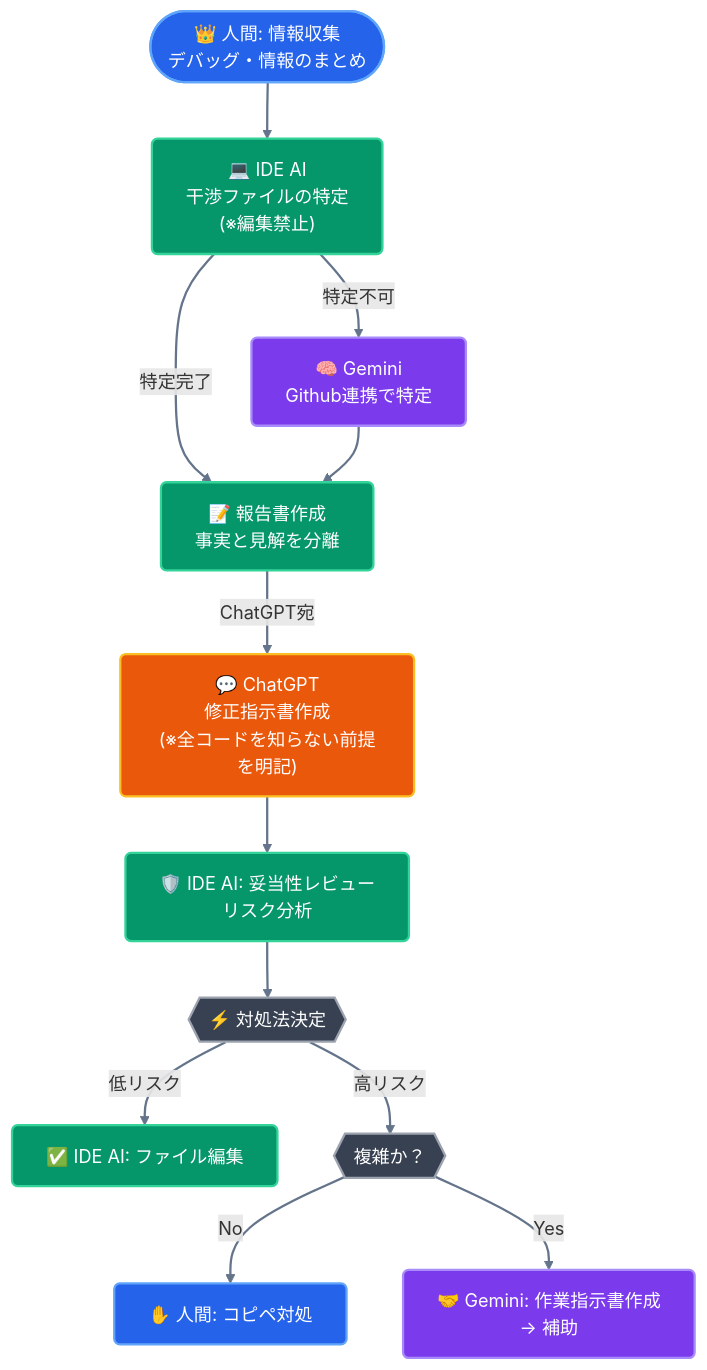
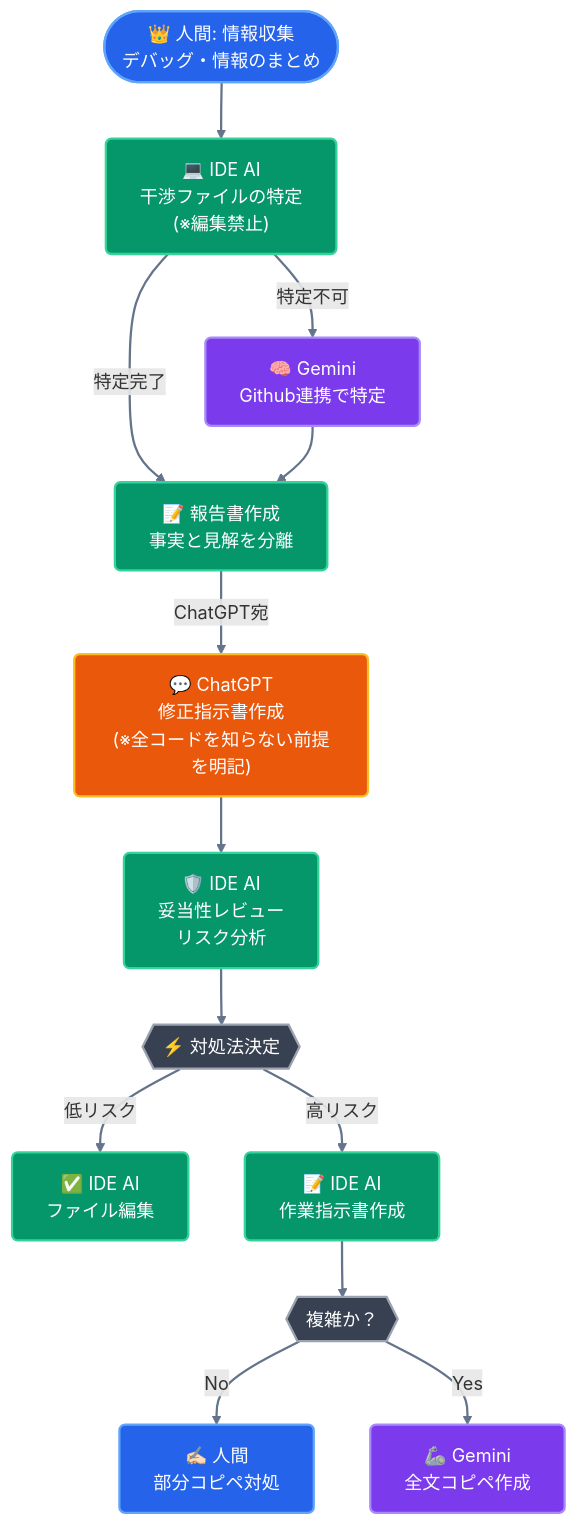
Before and after one commit to MaryCache/MaryCache: the diagram in troubleshooting.md, drawn with Mermaid.

````diff
--- a/troubleshooting.md
+++ b/troubleshooting.md
@@ -3,55 +3,57 @@
 ```mermaid
 graph TD
     %% --- モダンなスタイル定義 (Tailwind風) ---
     classDef default color:#fff,stroke:#333,stroke-width:1px;
     classDef human fill:#2563eb,stroke:#60a5fa,stroke-width:2px,color:#fff,rx:5,ry:5;
     classDef ide fill:#059669,stroke:#34d399,stroke-width:2px,color:#fff,rx:5,ry:5;
     classDef gemini fill:#7c3aed,stroke:#a78bfa,stroke-width:2px,color:#fff,rx:5,ry:5;
     classDef gpt fill:#ea580c,stroke:#fbbf24,stroke-width:2px,color:#fff,rx:5,ry:5;
     classDef risk fill:#374151,stroke:#9ca3af,stroke-width:2px,color:#fff,rx:5,ry:5;
 
     %% --- 1. 情報収集 ---
     HumanStart(["👑 人間: 情報収集<br>デバッグ・情報のまとめ"]):::human
 
     %% --- 2. 特定 (No Edit) ---
     IDE_Find["💻 IDE AI
 干渉ファイルの特定<br>(※編集禁止)"]:::ide
     Gemini_Find["🧠 Gemini<br>Github連携で特定<br>"]:::gemini
 
     %% --- 3. 報告書 ---
     Report["📝 報告書作成<br>事実と見解を分離"]:::ide
 
     %% --- 4. 推論 ---
     ChatGPT["💬 ChatGPT<br>修正指示書作成<br>(※全コードを知らない前提を明記)"]:::gpt
 
     %% --- 5. レビュー ---
-    IDE_Review["🛡️ IDE AI: 妥当性レビュー<br>リスク分析"]:::ide
+    IDE_Review["🛡️ IDE AI<br>妥当性レビュー<br>リスク分析"]:::ide
 
     %% --- 6. 判断 ---
     Judge{{"⚡ 対処法決定"}}:::risk
 
     %% --- 7. 実行 ---
-    AutoEdit["✅ IDE AI: ファイル編集"]:::ide
+    AutoEdit["✅ IDE AI<br>ファイル編集"]:::ide
     CheckComplexity{{"複雑か？"}}:::risk
-    ManualEdit["✋ 人間: コピペ対処"]:::human
-    Gemini_Assist["🤝 Gemini: 作業指示書作成<br>→ 補助"]:::gemini
+    IDE_Assist["📝 IDE AI<br>作業指示書作成"]:::ide
+    ManualEdit["✍🏻 人間<br>部分コピペ対処"]:::human
+    Gemini_Assist["🦾 Gemini<br>全文コピペ作成"]:::gemini
 
     %% --- 接続フロー ---
     HumanStart --> IDE_Find
     IDE_Find -->|特定不可| Gemini_Find
     IDE_Find -->|特定完了| Report
     Gemini_Find --> Report
     
     Report -->|ChatGPT宛| ChatGPT
     ChatGPT --> IDE_Review
     IDE_Review --> Judge
     
     Judge -->|低リスク| AutoEdit
-    Judge -->|高リスク| CheckComplexity
-    
+    Judge -->|高リスク| IDE_Assist 
+
+    IDE_Assist -->CheckComplexity  
     CheckComplexity -->|No| ManualEdit
     CheckComplexity -->|Yes| Gemini_Assist
 
     %% リンクのスタイル
     linkStyle default stroke:#64748b,stroke-width:2px;
 ```
````
